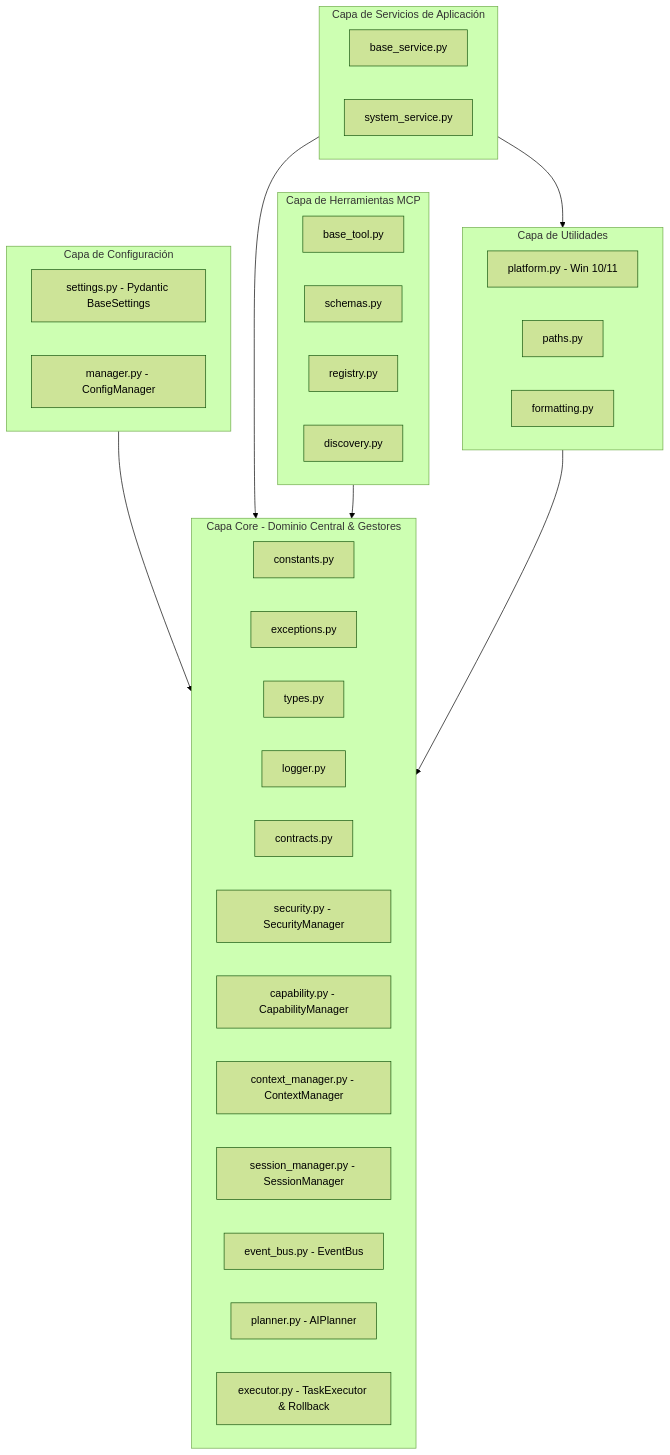
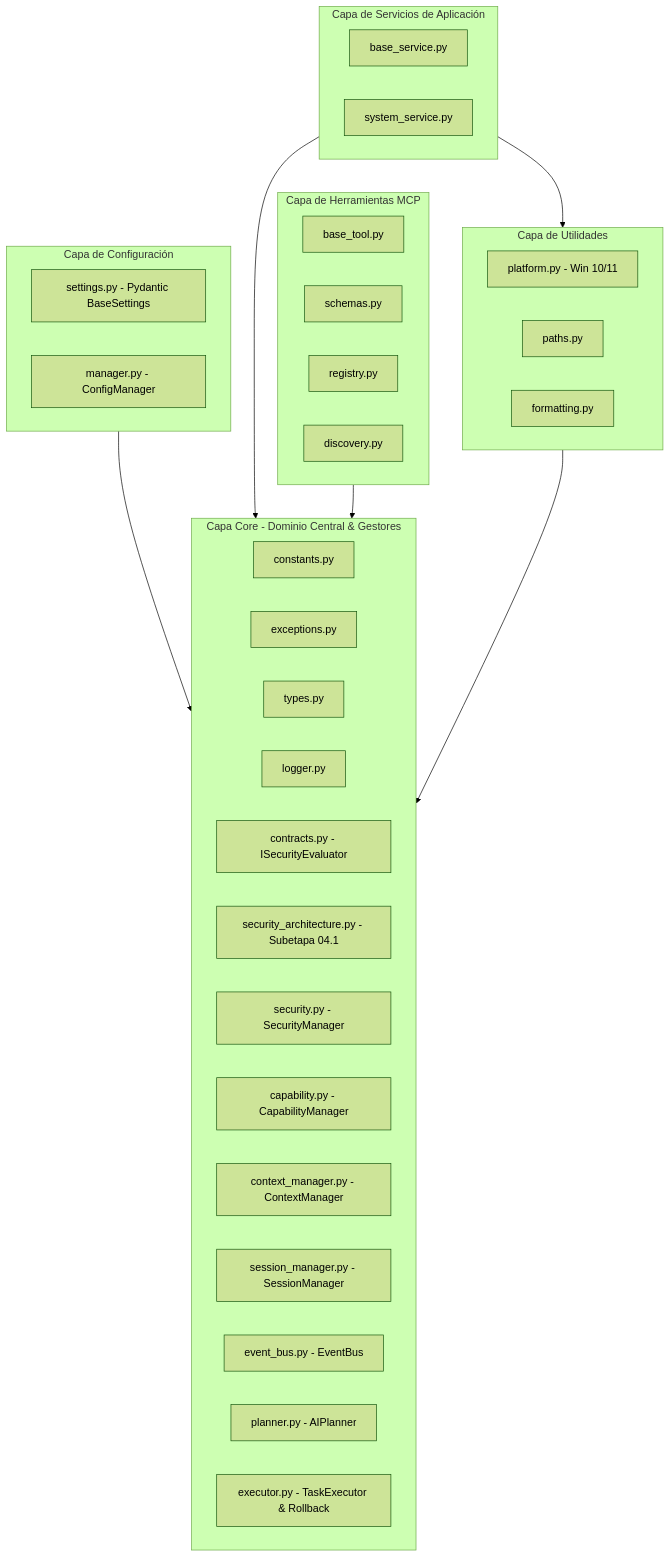
One commit to leeon003/asistente-jessyca changed the diagram in docs/architecture.md. Above: the diagram before and after it, drawn with Mermaid (forest theme). The commit also changed other lines of this file and 5 other files, not shown here.

Commit message:
feat(security): add security architecture foundation

````diff
--- a/docs/architecture.md
+++ b/docs/architecture.md
@@ -13,46 +13,47 @@
 ```mermaid
 graph TD
     subgraph Core [Capa Core - Dominio Central & Gestores]
         Constants[constants.py]
         Exceptions[exceptions.py]
         Types[types.py]
         Logger[logger.py]
-        Contracts[contracts.py]
+        Contracts[contracts.py - ISecurityEvaluator]
+        SecurityArch[security_architecture.py - Subetapa 04.1]
         Security[security.py - SecurityManager]
         Capability[capability.py - CapabilityManager]
         Context[context_manager.py - ContextManager]
         Session[session_manager.py - SessionManager]
         EventBus[event_bus.py - EventBus]
         Planner[planner.py - AIPlanner]
         Executor[executor.py - TaskExecutor & Rollback]
     end
 
     subgraph Config [Capa de Configuración]
         Settings[settings.py - Pydantic BaseSettings]
         Manager[manager.py - ConfigManager]
     end
 
     subgraph Services [Capa de Servicios de Aplicación]
         BaseService[base_service.py]
         SystemService[system_service.py]
     end
 
     subgraph Tools [Capa de Herramientas MCP]
         BaseTool[base_tool.py]
         Schemas[schemas.py]
         Registry[registry.py]
         Discovery[discovery.py]
     end
 
     subgraph Utils [Capa de Utilidades]
         Platform[platform.py - Win 10/11]
         Paths[paths.py]
         Formatting[formatting.py]
     end
 
     Config --> Core
     Services --> Core
     Services --> Utils
     Tools --> Core
     Utils --> Core
 ```
````
